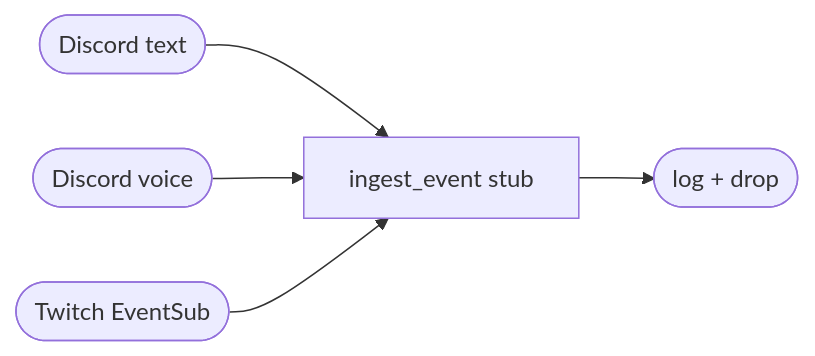
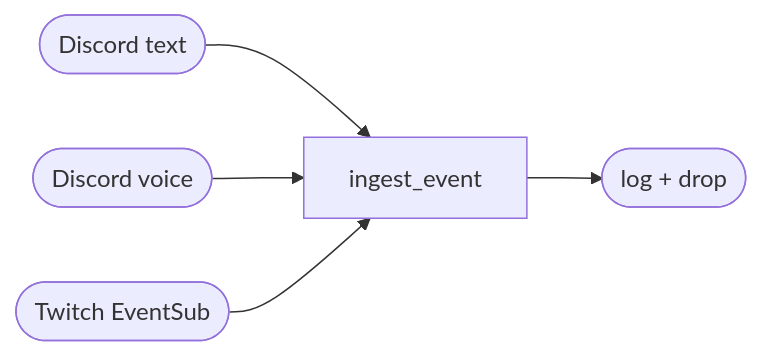
Before and after one commit to CorVous/Familiar-Connect: the diagram in docs/architecture/overview.md, drawn with Mermaid. The commit also changed other lines of this file and 18 other files, not shown here.

````diff
--- a/docs/architecture/overview.md
+++ b/docs/architecture/overview.md
@@ -17,7 +8,7 @@
 ```mermaid
 flowchart LR
-    dt([Discord text])     --> ing[ingest_event stub]
+    dt([Discord text])     --> ing[ingest_event]
     dv([Discord voice])    --> ing
     tw([Twitch EventSub])  --> ing
     ing --> drop([log + drop])
 ```
````
